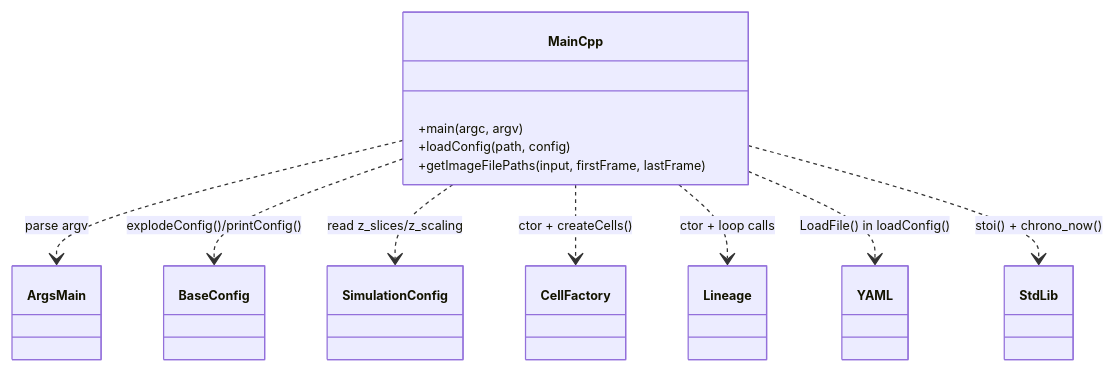
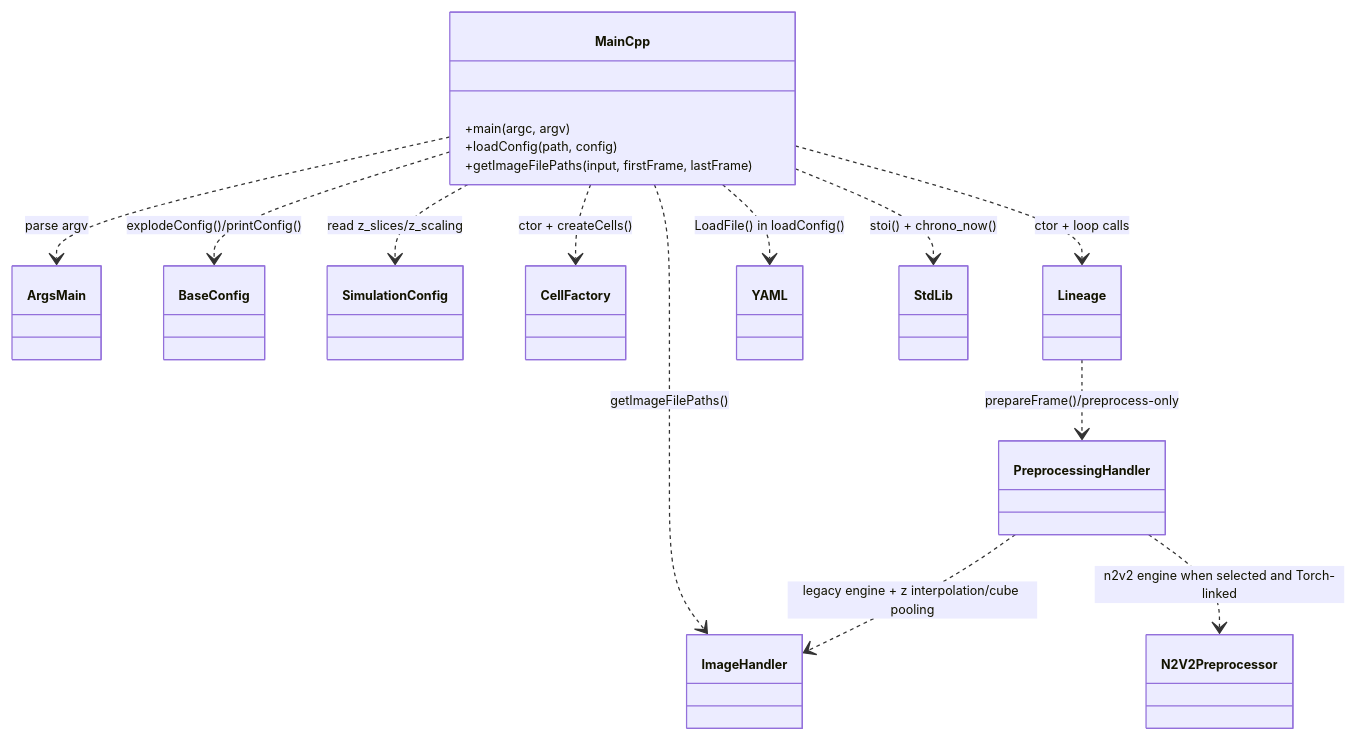
Before and after one commit to vincent-tvincent/CellUniverse: the diagram in C++/docs/diagrams/main_cpp_calls_only.mmd, drawn with Mermaid. The commit also changed 28 other files, not shown here.

```diff
--- a/C++/docs/diagrams/main_cpp_calls_only.mmd
+++ b/C++/docs/diagrams/main_cpp_calls_only.mmd
@@ -1,26 +1,33 @@
 %%{init: {"theme":"default","class":{"hideEmptyMembersBox":false},"themeVariables":{"fontSize":"10px"}}}%%
 classDiagram
 
 direction TB
 
 class MainCpp {
   +main(argc, argv)
   +loadConfig(path, config)
   +getImageFilePaths(input, firstFrame, lastFrame)
 }
 
 class ArgsMain
 class BaseConfig
 class SimulationConfig
 class CellFactory
 class Lineage
+class ImageHandler
+class PreprocessingHandler
+class N2V2Preprocessor
 class YAML
 class StdLib
 
 MainCpp ..> ArgsMain : parse argv
 MainCpp ..> BaseConfig : explodeConfig()/printConfig()
 MainCpp ..> SimulationConfig : read z_slices/z_scaling
+MainCpp ..> ImageHandler : getImageFilePaths()
 MainCpp ..> CellFactory : ctor + createCells()
 MainCpp ..> Lineage : ctor + loop calls
+Lineage ..> PreprocessingHandler : prepareFrame()/preprocess-only
+PreprocessingHandler ..> ImageHandler : legacy engine + z interpolation/cube pooling
+PreprocessingHandler ..> N2V2Preprocessor : n2v2 engine when selected and Torch-linked
 MainCpp ..> YAML : LoadFile() in loadConfig()
 MainCpp ..> StdLib : stoi() + chrono_now()
```
